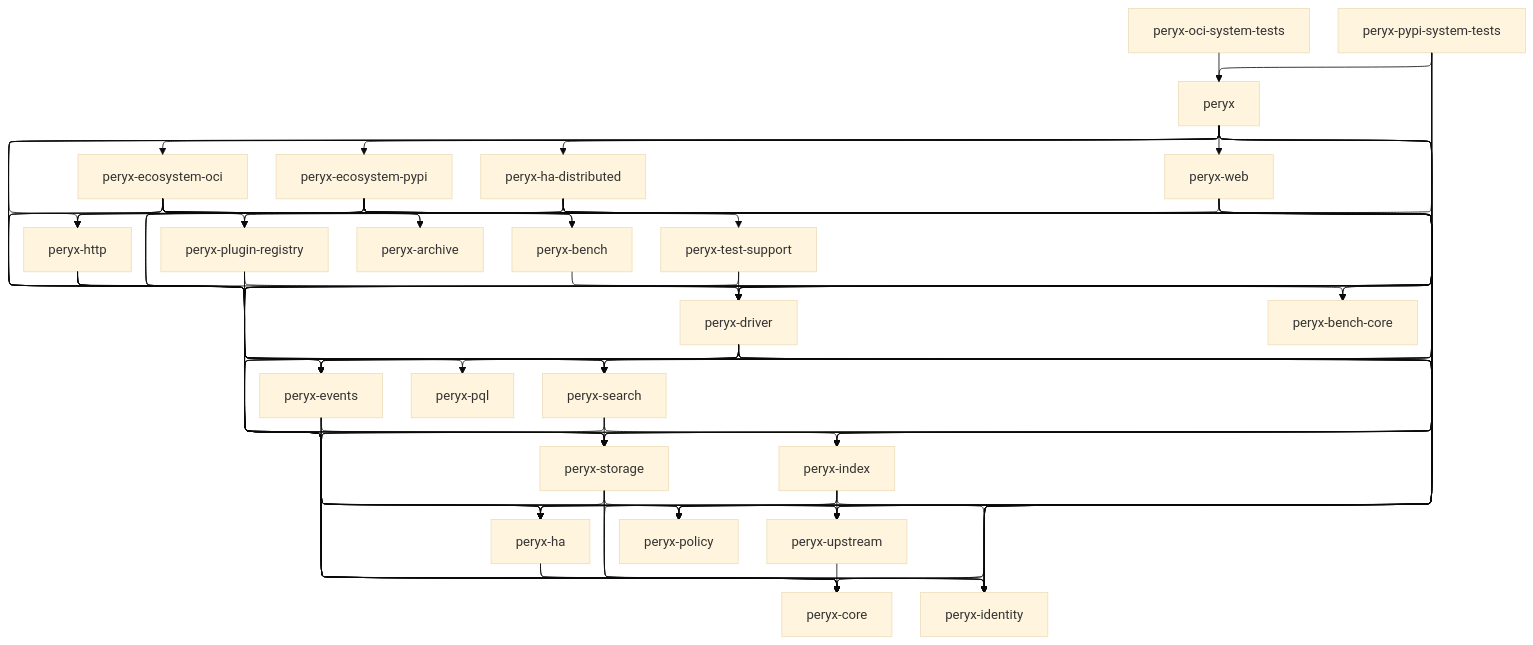
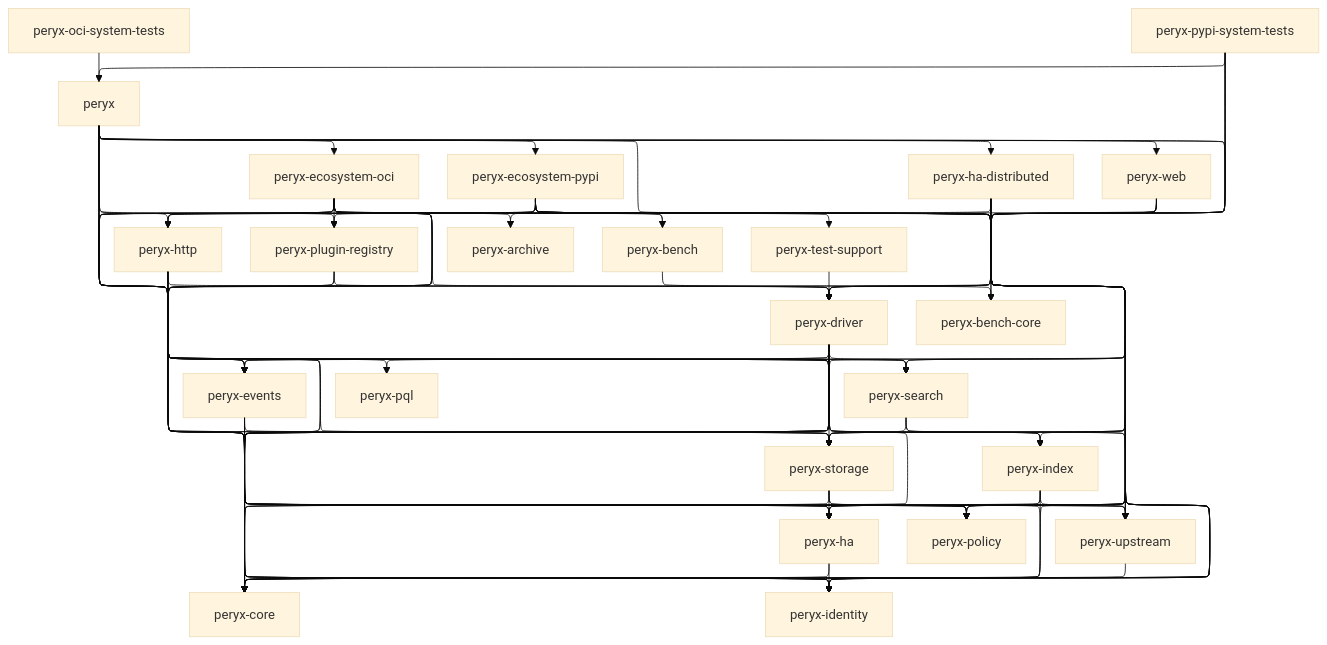
One commit to gaborbernat/peryx changed the diagram in site/diagrams/crate-dependencies.mmd. Above: the diagram before and after it, drawn with Mermaid (base theme).

Commit message:
📝 docs: refresh crate dependency graph

```diff
--- a/site/diagrams/crate-dependencies.mmd
+++ b/site/diagrams/crate-dependencies.mmd
@@ -1,138 +1,137 @@
 ---
 config:
   layout: elk
   elk:
     mergeEdges: true
 ---
 flowchart TD
   peryx --> peryx_core
   peryx --> peryx_driver
   peryx --> peryx_ecosystem_oci
   peryx --> peryx_ecosystem_pypi
   peryx --> peryx_events
   peryx --> peryx_ha
   peryx --> peryx_ha_distributed
   peryx --> peryx_http
   peryx --> peryx_identity
   peryx --> peryx_plugin_registry
   peryx --> peryx_policy
   peryx --> peryx_storage
   peryx --> peryx_upstream
   peryx --> peryx_web
   peryx["peryx"]
   peryx_archive["peryx-archive"]
   peryx_bench --> peryx_bench_core
   peryx_bench["peryx-bench"]
   peryx_bench_core["peryx-bench-core"]
   peryx_core["peryx-core"]
   peryx_driver --> peryx_core
   peryx_driver --> peryx_events
   peryx_driver --> peryx_ha
   peryx_driver --> peryx_identity
   peryx_driver --> peryx_index
   peryx_driver --> peryx_policy
   peryx_driver --> peryx_pql
   peryx_driver --> peryx_search
   peryx_driver --> peryx_storage
   peryx_driver --> peryx_upstream
   peryx_driver["peryx-driver"]
   peryx_ecosystem_oci --> peryx_archive
   peryx_ecosystem_oci --> peryx_bench
   peryx_ecosystem_oci --> peryx_bench_core
   peryx_ecosystem_oci --> peryx_core
   peryx_ecosystem_oci --> peryx_driver
   peryx_ecosystem_oci --> peryx_events
   peryx_ecosystem_oci --> peryx_ha
   peryx_ecosystem_oci --> peryx_identity
   peryx_ecosystem_oci --> peryx_index
   peryx_ecosystem_oci --> peryx_plugin_registry
   peryx_ecosystem_oci --> peryx_policy
   peryx_ecosystem_oci --> peryx_search
   peryx_ecosystem_oci --> peryx_storage
   peryx_ecosystem_oci --> peryx_test_support
   peryx_ecosystem_oci --> peryx_upstream
   peryx_ecosystem_oci["peryx-ecosystem-oci"]
   peryx_ecosystem_pypi --> peryx_archive
   peryx_ecosystem_pypi --> peryx_bench
   peryx_ecosystem_pypi --> peryx_bench_core
   peryx_ecosystem_pypi --> peryx_core
   peryx_ecosystem_pypi --> peryx_driver
   peryx_ecosystem_pypi --> peryx_events
   peryx_ecosystem_pypi --> peryx_ha
   peryx_ecosystem_pypi --> peryx_http
   peryx_ecosystem_pypi --> peryx_identity
   peryx_ecosystem_pypi --> peryx_index
   peryx_ecosystem_pypi --> peryx_plugin_registry
   peryx_ecosystem_pypi --> peryx_policy
   peryx_ecosystem_pypi --> peryx_search
   peryx_ecosystem_pypi --> peryx_storage
   peryx_ecosystem_pypi --> peryx_upstream
   peryx_ecosystem_pypi["peryx-ecosystem-pypi"]
   peryx_events --> peryx_core
   peryx_events --> peryx_ha
   peryx_events --> peryx_identity
   peryx_events --> peryx_storage
   peryx_events["peryx-events"]
   peryx_ha --> peryx_core
   peryx_ha --> peryx_identity
   peryx_ha["peryx-ha"]
   peryx_ha_distributed --> peryx_core
   peryx_ha_distributed --> peryx_driver
   peryx_ha_distributed --> peryx_events
   peryx_ha_distributed --> peryx_ha
   peryx_ha_distributed --> peryx_http
   peryx_ha_distributed --> peryx_identity
   peryx_ha_distributed --> peryx_storage
   peryx_ha_distributed --> peryx_upstream
   peryx_ha_distributed["peryx-ha-distributed"]
   peryx_http --> peryx_core
   peryx_http --> peryx_driver
   peryx_http --> peryx_events
   peryx_http --> peryx_identity
   peryx_http --> peryx_policy
   peryx_http --> peryx_pql
   peryx_http --> peryx_search
   peryx_http["peryx-http"]
   peryx_identity["peryx-identity"]
   peryx_index --> peryx_core
   peryx_index --> peryx_identity
   peryx_index --> peryx_policy
   peryx_index --> peryx_upstream
   peryx_index["peryx-index"]
   peryx_oci_system_tests --> peryx
   peryx_oci_system_tests["peryx-oci-system-tests"]
   peryx_plugin_registry --> peryx_core
   peryx_plugin_registry --> peryx_driver
   peryx_plugin_registry --> peryx_storage
   peryx_plugin_registry["peryx-plugin-registry"]
   peryx_policy["peryx-policy"]
   peryx_pql["peryx-pql"]
   peryx_pypi_system_tests --> peryx
   peryx_pypi_system_tests --> peryx_core
   peryx_pypi_system_tests --> peryx_identity
   peryx_pypi_system_tests --> peryx_policy
   peryx_pypi_system_tests --> peryx_storage
   peryx_pypi_system_tests["peryx-pypi-system-tests"]
   peryx_search --> peryx_core
   peryx_search --> peryx_index
   peryx_search --> peryx_storage
   peryx_search["peryx-search"]
   peryx_storage --> peryx_core
   peryx_storage --> peryx_ha
   peryx_storage --> peryx_identity
   peryx_storage --> peryx_policy
   peryx_storage["peryx-storage"]
-  peryx_test_support --> peryx_core
   peryx_test_support --> peryx_driver
   peryx_test_support["peryx-test-support"]
   peryx_upstream --> peryx_core
   peryx_upstream["peryx-upstream"]
   peryx_web --> peryx_core
   peryx_web --> peryx_driver
   peryx_web --> peryx_ha
   peryx_web --> peryx_http
   peryx_web --> peryx_search
   peryx_web["peryx-web"]
   class peryx accent
   class peryx_ecosystem_oci,peryx_ecosystem_pypi good
   class peryx_oci_system_tests,peryx_pypi_system_tests warn
```
